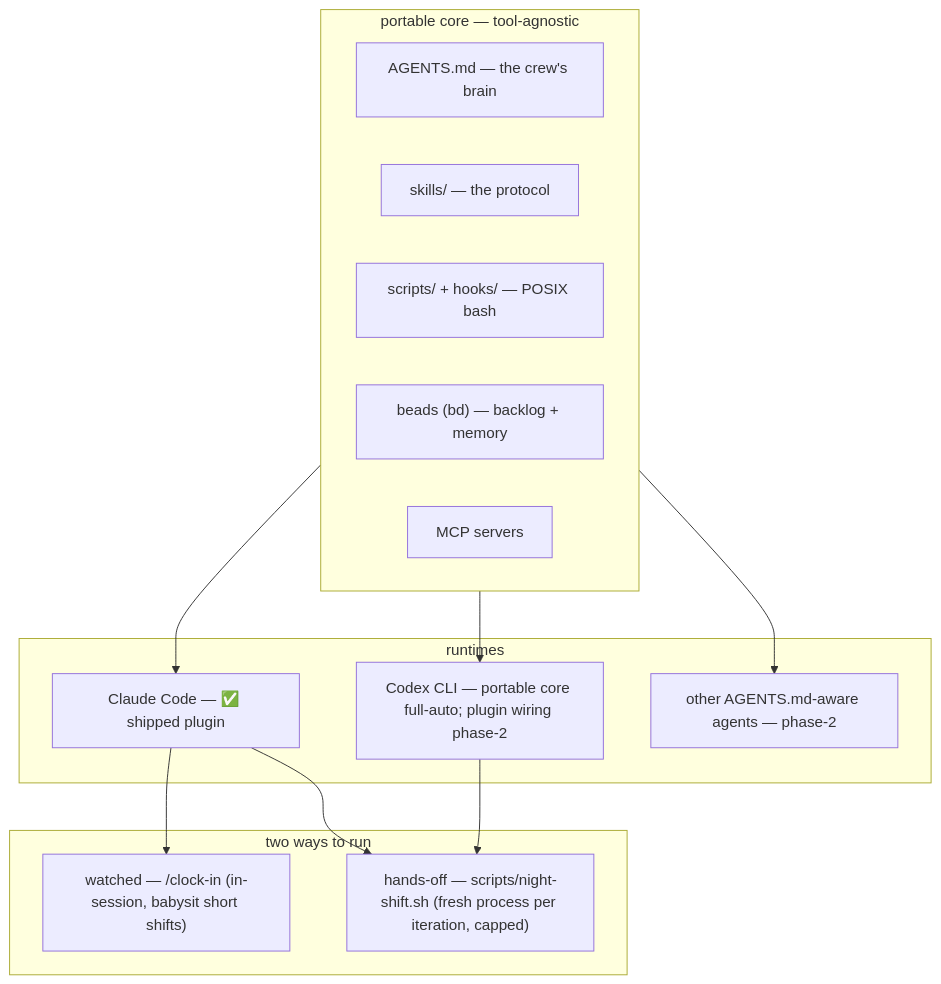
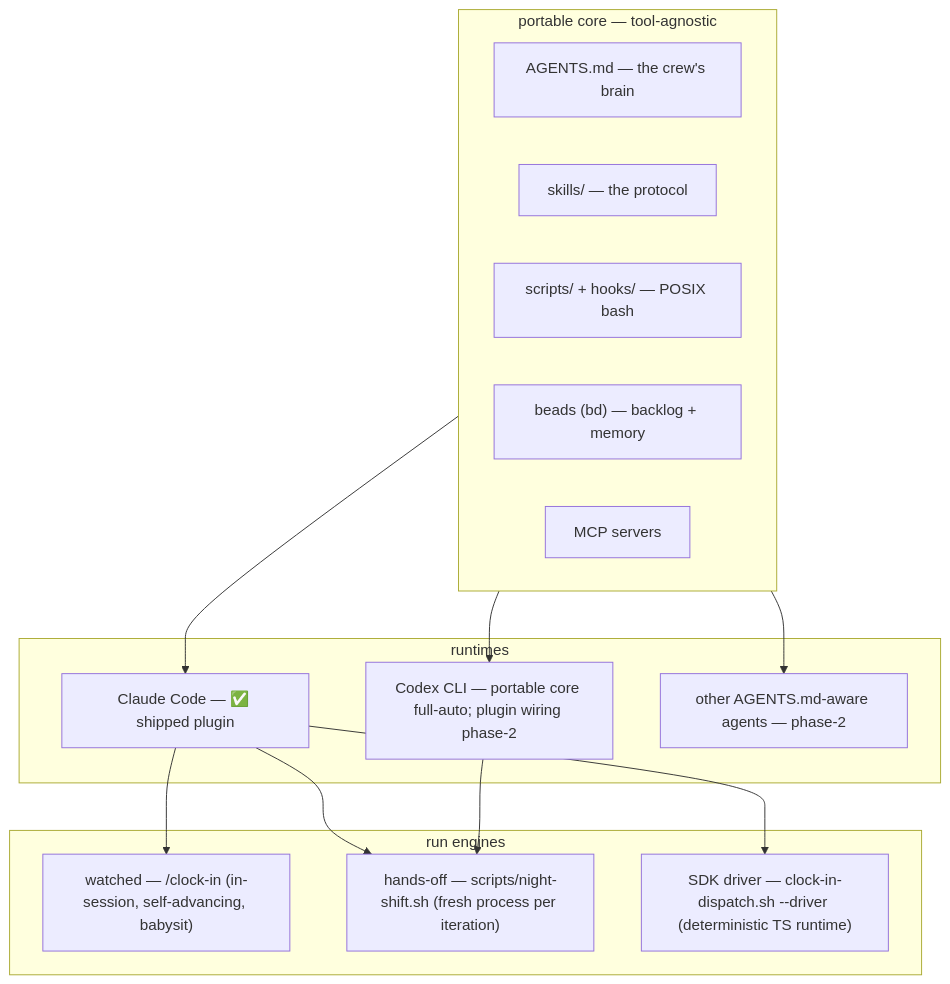
Before and after one commit to jakecastillo/the-5-to-9: the fourth of 4 diagrams in docs/ARCHITECTURE.md, drawn with Mermaid. The commit also changed other lines of this file and 6 other files, not shown here.

First line of the commit message:
docs: align with recent changes — 3 run engines, uncapped loop, TUI dashboard (bead the-5-to-9-m0r)

````diff
--- a/docs/ARCHITECTURE.md
+++ b/docs/ARCHITECTURE.md
@@ -115,28 +117,30 @@
 ```mermaid
 flowchart TB
     subgraph Core["portable core — tool-agnostic"]
         AG["AGENTS.md — the crew's brain"]
         SK["skills/ — the protocol"]
         SC["scripts/ + hooks/ — POSIX bash"]
         BD["beads (bd) — backlog + memory"]
         MCP["MCP servers"]
     end
 
     subgraph Runtimes["runtimes"]
         CC["Claude Code — ✅ shipped plugin"]
         CX["Codex CLI — portable core full-auto; plugin wiring phase-2"]
         OT["other AGENTS.md-aware agents — phase-2"]
     end
 
-    subgraph Engines["two ways to run"]
-        W["watched — /clock-in (in-session, babysit short shifts)"]
-        H["hands-off — scripts/night-shift.sh (fresh process per iteration, capped)"]
+    subgraph Engines["run engines"]
+        W["watched — /clock-in (in-session, self-advancing, babysit)"]
+        H["hands-off — scripts/night-shift.sh (fresh process per iteration)"]
+        D["SDK driver — clock-in-dispatch.sh --driver (deterministic TS runtime)"]
     end
 
     Core --> CC
     Core --> CX
     Core --> OT
     CC --> W
     CC --> H
+    CC --> D
     CX --> H
 ```
````
